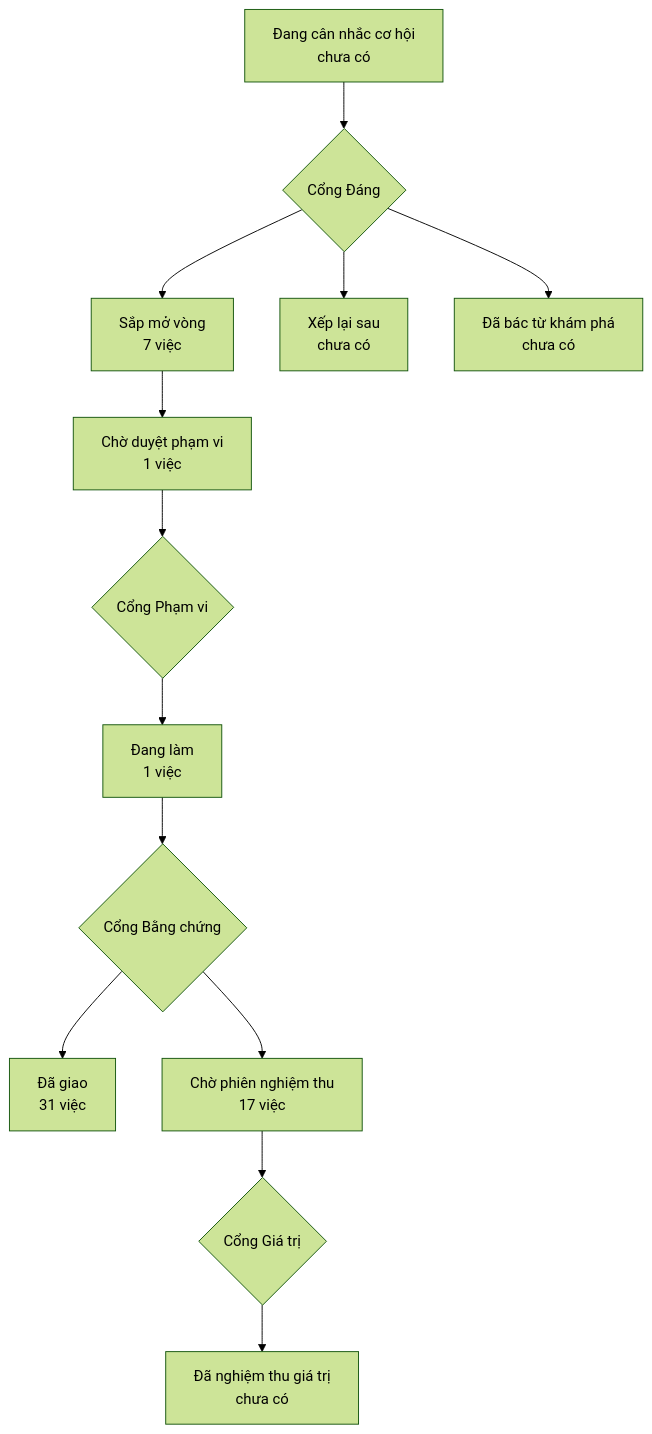
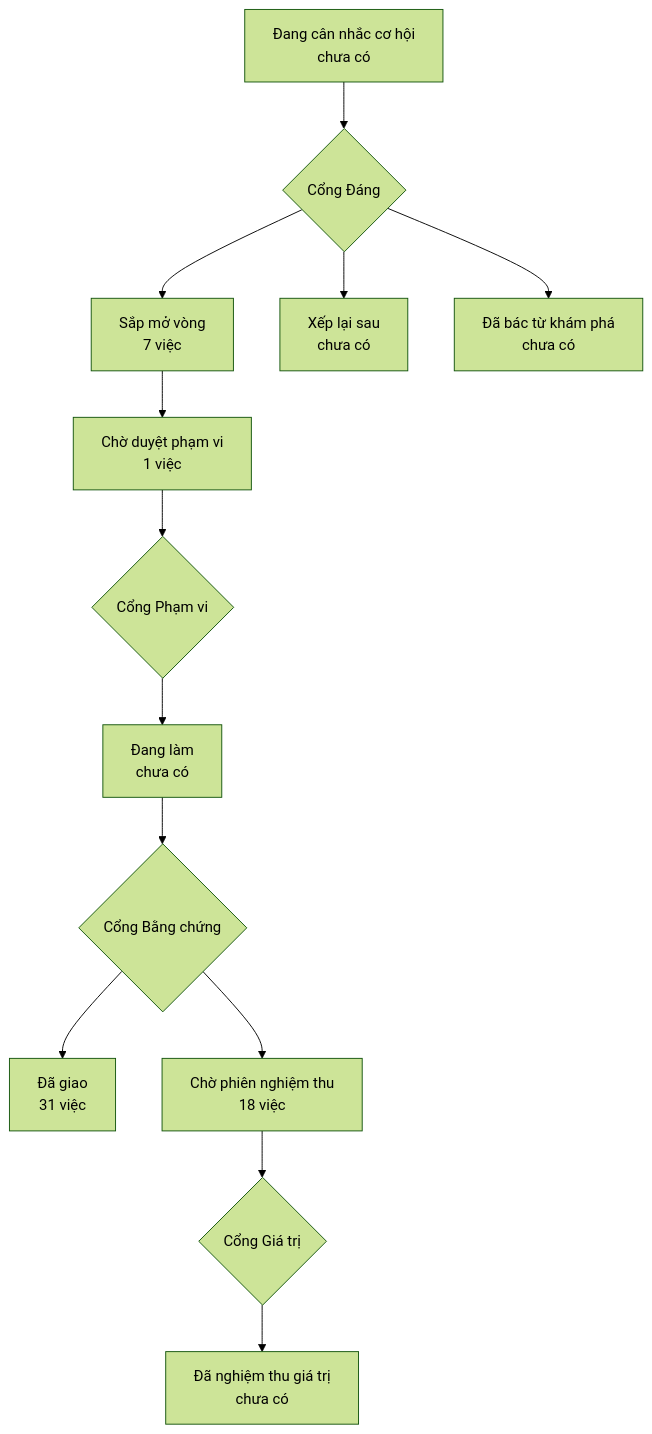
Before and after one commit to phanlemanh/onehub-invest: the diagram in PRODUCT-MAP.md, drawn with Mermaid (forest theme). The commit also changed other lines of this file and 4 other files, not shown here.

````diff
--- a/PRODUCT-MAP.md
+++ b/PRODUCT-MAP.md
@@ -7,12 +7,12 @@
 ```mermaid
 flowchart TD
   A["Đang cân nhắc cơ hội<br/>chưa có"] --> GD{"Cổng Đáng"}
   GD --> B["Sắp mở vòng<br/>7 việc"]
   GD --> XL["Xếp lại sau<br/>chưa có"]
   GD --> DB["Đã bác từ khám phá<br/>chưa có"]
   B --> CD["Chờ duyệt phạm vi<br/>1 việc"] --> GP{"Cổng Phạm vi"}
-  GP --> DL["Đang làm<br/>1 việc"] --> GB{"Cổng Bằng chứng"}
+  GP --> DL["Đang làm<br/>chưa có"] --> GB{"Cổng Bằng chứng"}
   GB --> DG["Đã giao<br/>31 việc"]
-  GB --> CN["Chờ phiên nghiệm thu<br/>17 việc"] --> GG{"Cổng Giá trị"}
+  GB --> CN["Chờ phiên nghiệm thu<br/>18 việc"] --> GG{"Cổng Giá trị"}
   GG --> NT["Đã nghiệm thu giá trị<br/>chưa có"]
 ```
````
